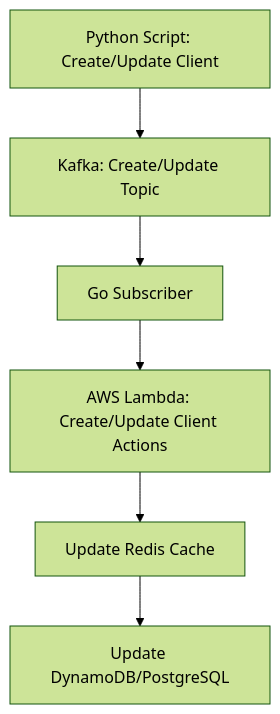
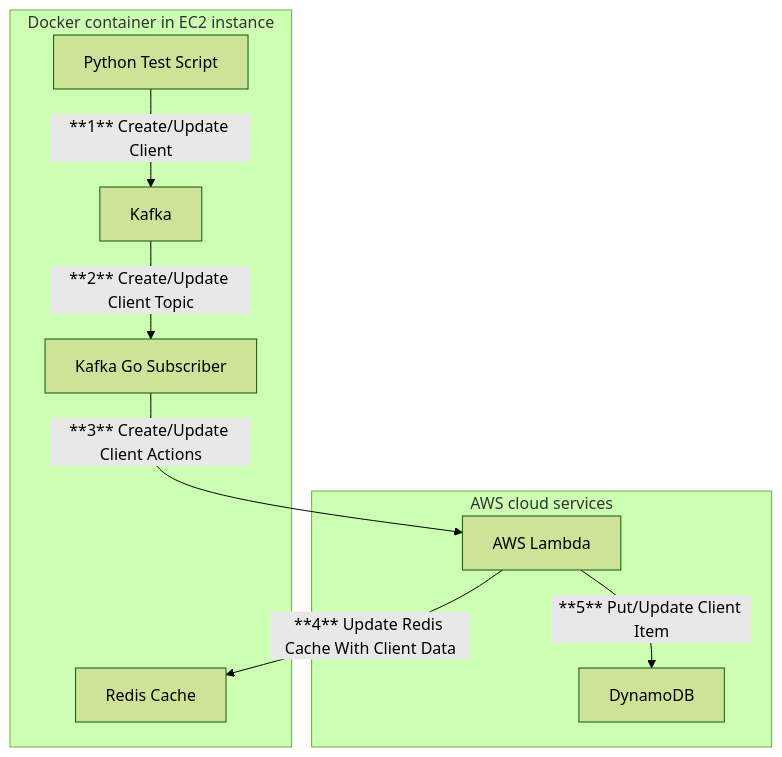
The second of 3 diagrams in README.MD (vyt777/microservices-pipeline-aws-demo), drawn with Mermaid (forest theme) before and after one commit. The commit also changed other lines of this file, not shown here.

Commit message:
docs: update flowcharts

````diff
--- a/README.MD
+++ b/README.MD
@@ -26,8 +34,18 @@
 ```mermaid
 graph TD;
-    A[Python Script: Create/Update Client] --> B[Kafka: Create/Update Topic]
-    B --> C[Go Subscriber]
-    C --> D[AWS Lambda: Create/Update Client Actions]
-    D --> E[Update Redis Cache]
-    E --> F[Update DynamoDB/PostgreSQL]
+  subgraph Docker container in EC2 instance
+    A[Python Test Script]
+    B[Kafka]
+    C[Kafka Go Subscriber]
+    E[Redis Cache]
+  end
+  subgraph AWS cloud services
+    D[AWS Lambda]
+    F[DynamoDB]
+  end
+    A -- **1** Create/Update Client --> B
+    B -- **2** Create/Update Client Topic --> C
+    C -- **3** Create/Update Client Actions --> D
+    D -- **4** Update Redis Cache With Client Data --> E
+    D -- **5** Put/Update Client Item --> F
 ```
````
